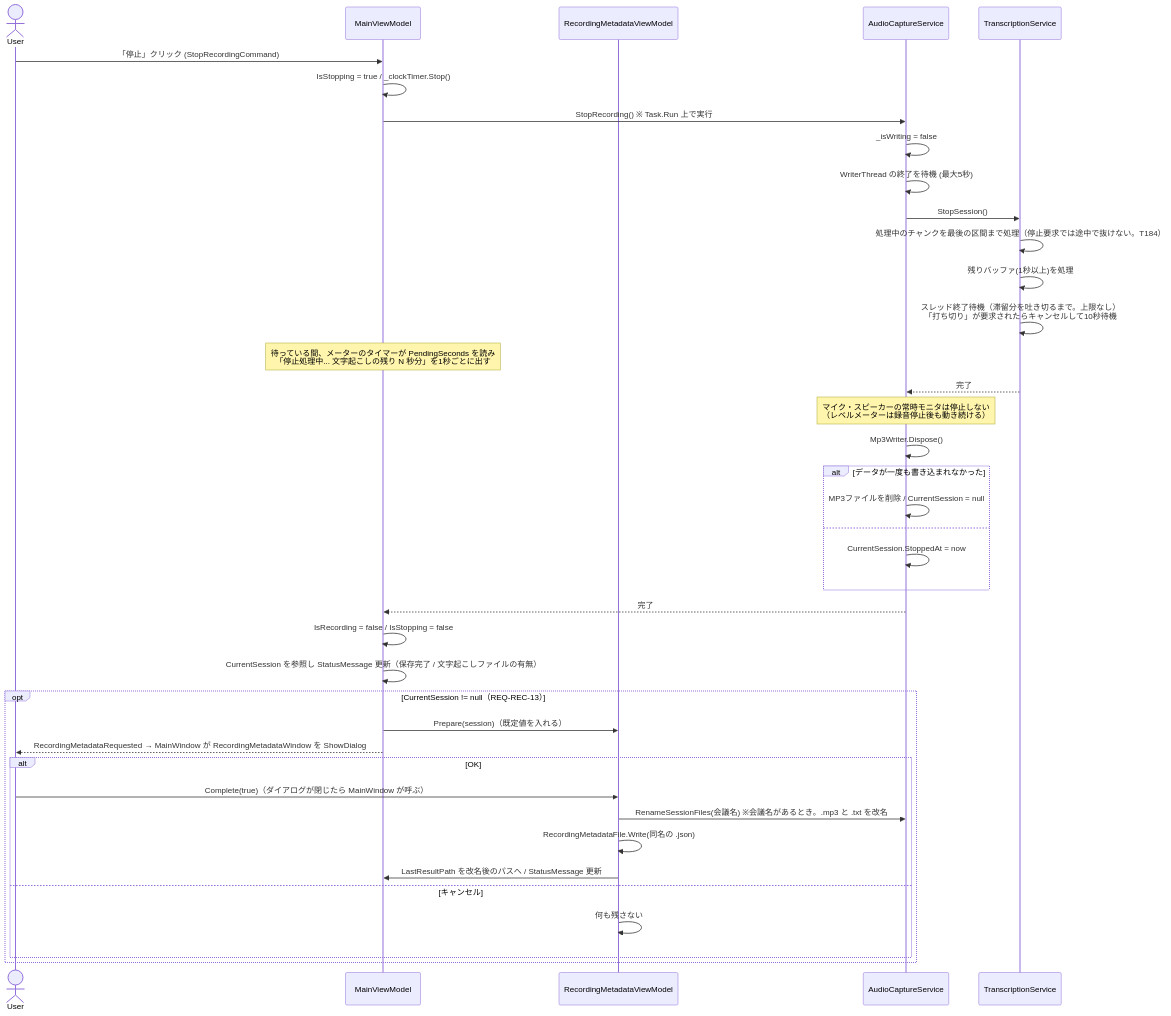
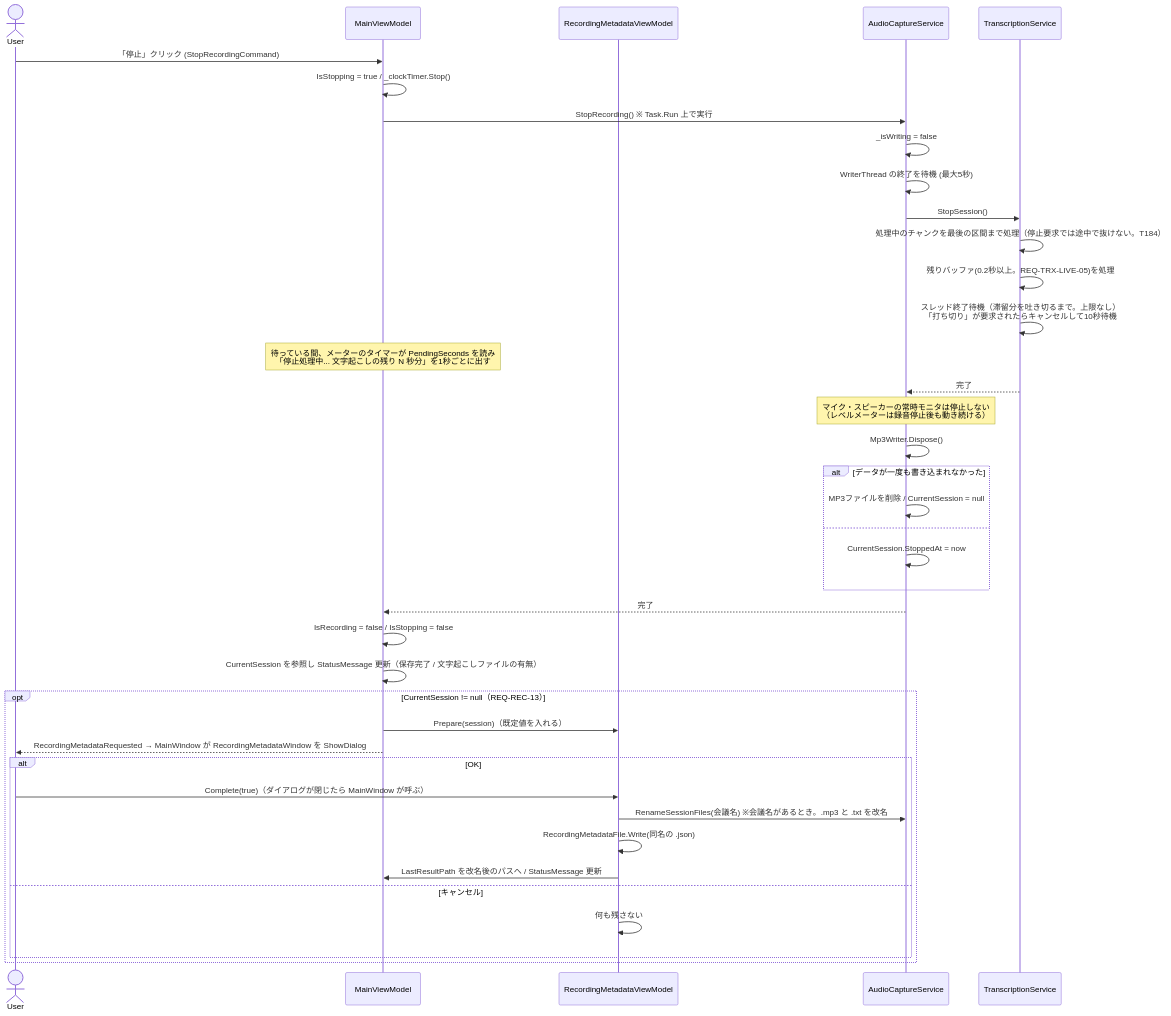
The fourth of 9 diagrams in docs/spec/04_sequence_diagram.md (otomac/audio-capture-app), drawn with Mermaid before and after one commit. The commit also changed 7 other files, not shown here.

````diff
--- a/docs/spec/04_sequence_diagram.md
+++ b/docs/spec/04_sequence_diagram.md
@@ -121,46 +121,46 @@
 ```mermaid
 sequenceDiagram
     actor User
     participant VM as MainViewModel
     participant RMVM as RecordingMetadataViewModel
     participant ACS as AudioCaptureService
     participant TS as TranscriptionService
 
     User->>VM: 「停止」クリック (StopRecordingCommand)
     VM->>VM: IsStopping = true / _clockTimer.Stop()
     VM->>ACS: StopRecording() ※ Task.Run 上で実行
 
     ACS->>ACS: _isWriting = false
     ACS->>ACS: WriterThread の終了を待機 (最大5秒)
     ACS->>TS: StopSession()
     TS->>TS: 処理中のチャンクを最後の区間まで処理（停止要求では途中で抜けない。T184）
-    TS->>TS: 残りバッファ(1秒以上)を処理
+    TS->>TS: 残りバッファ(0.2秒以上。REQ-TRX-LIVE-05)を処理
     TS->>TS: スレッド終了待機（滞留分を吐き切るまで。上限なし）<br/>「打ち切り」が要求されたらキャンセルして10秒待機
     Note over VM: 待っている間、メーターのタイマーが PendingSeconds を読み<br/>「停止処理中... 文字起こしの残り N 秒分」を1秒ごとに出す
     TS-->>ACS: 完了
 
     Note over ACS: マイク・スピーカーの常時モニタは停止しない<br/>（レベルメーターは録音停止後も動き続ける）
     ACS->>ACS: Mp3Writer.Dispose()
     alt データが一度も書き込まれなかった
         ACS->>ACS: MP3ファイルを削除 / CurrentSession = null
     else
         ACS->>ACS: CurrentSession.StoppedAt = now
     end
     ACS-->>VM: 完了
 
     VM->>VM: IsRecording = false / IsStopping = false
     VM->>VM: CurrentSession を参照し StatusMessage 更新（保存完了 / 文字起こしファイルの有無）
 
     opt CurrentSession != null（REQ-REC-13）
         VM->>RMVM: Prepare(session)（既定値を入れる）
         VM-->>User: RecordingMetadataRequested → MainWindow が RecordingMetadataWindow を ShowDialog
         alt OK
             User->>RMVM: Complete(true)（ダイアログが閉じたら MainWindow が呼ぶ）
             RMVM->>ACS: RenameSessionFiles(会議名) ※会議名があるとき。.mp3 と .txt を改名
             RMVM->>RMVM: RecordingMetadataFile.Write(同名の .json)
             RMVM->>VM: LastResultPath を改名後のパスへ / StatusMessage 更新
         else キャンセル
             RMVM->>RMVM: 何も残さない
         end
     end
 ```
````
